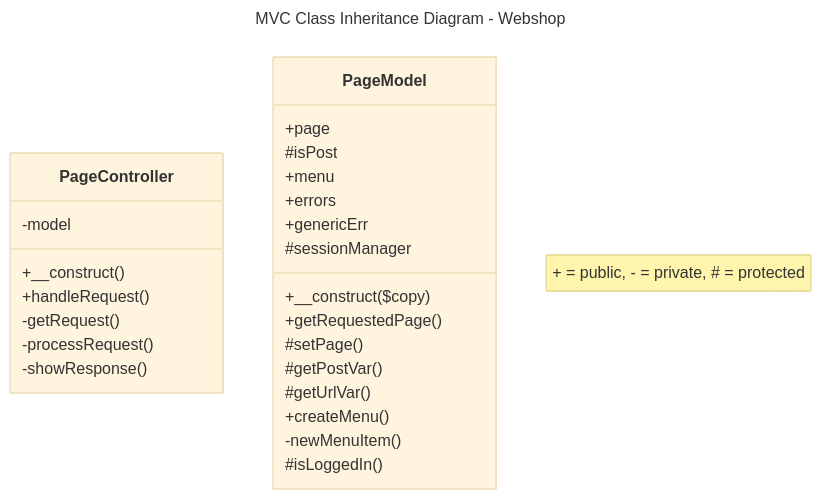
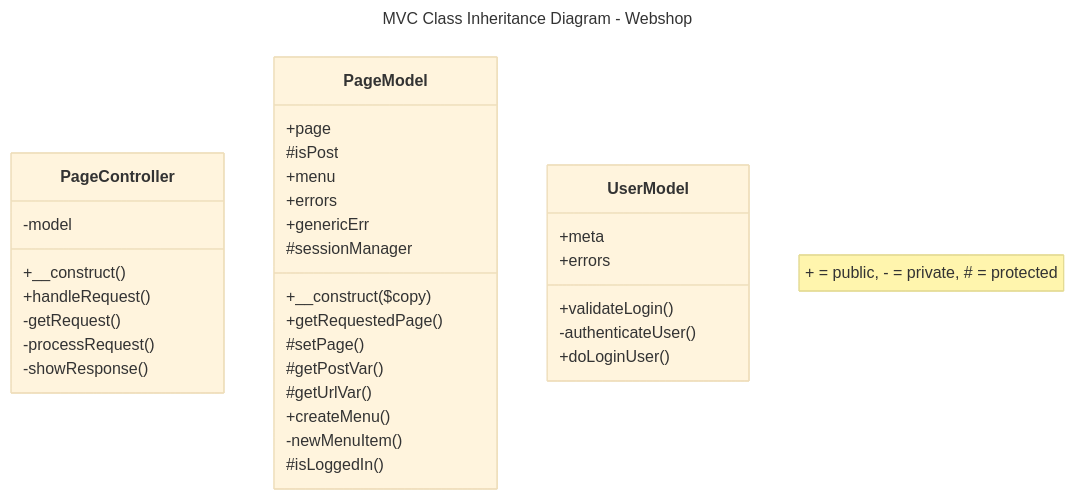
Before and after one commit to JeroenHeemskerk/educom-webshop-oop-1708595373: the diagram in Diagrams/MVC diagrams.md, drawn with Mermaid (base theme).

Commit message:
Update MVC diagrams.md

````diff
--- a/Diagrams/MVC diagrams.md
+++ b/Diagrams/MVC diagrams.md
@@ -1,36 +1,44 @@
 ```mermaid
 ---
 title: MVC Class Inheritance Diagram - Webshop
 ---
 classDiagram
     note "+ = public, - = private, # = protected"
     %% A <|-- B means that class B inherits from class A %%
 
     class PageController{
       -model
       +__construct()
       +handleRequest()
       -getRequest()
       -processRequest()
       -showResponse()
     }
 
     class PageModel{
       +page
       #isPost
       +menu
       +errors
       +genericErr
       #sessionManager
       +__construct($copy)
       +getRequestedPage()
       #setPage()
       #getPostVar()
       #getUrlVar()
       +createMenu()
       -newMenuItem()
       #isLoggedIn()
     }
 
+    class UserModel{
+    +meta
+    +errors
+    +validateLogin()
+    -authenticateUser()
+    +doLoginUser()
+    }
+
 
 ```
````
